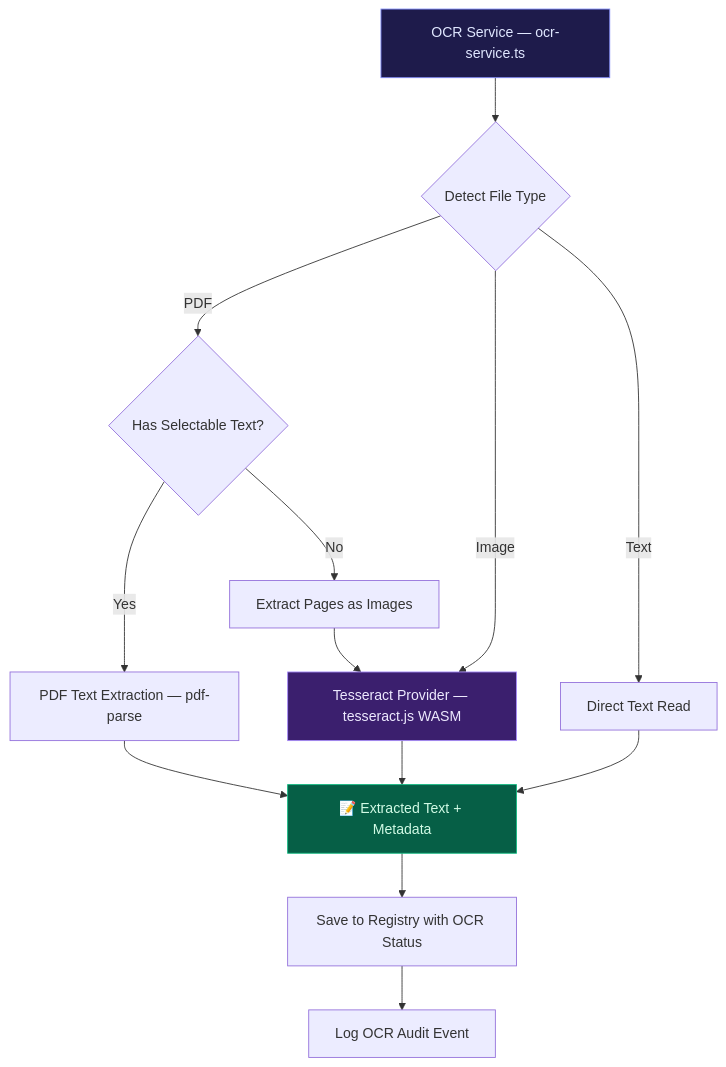
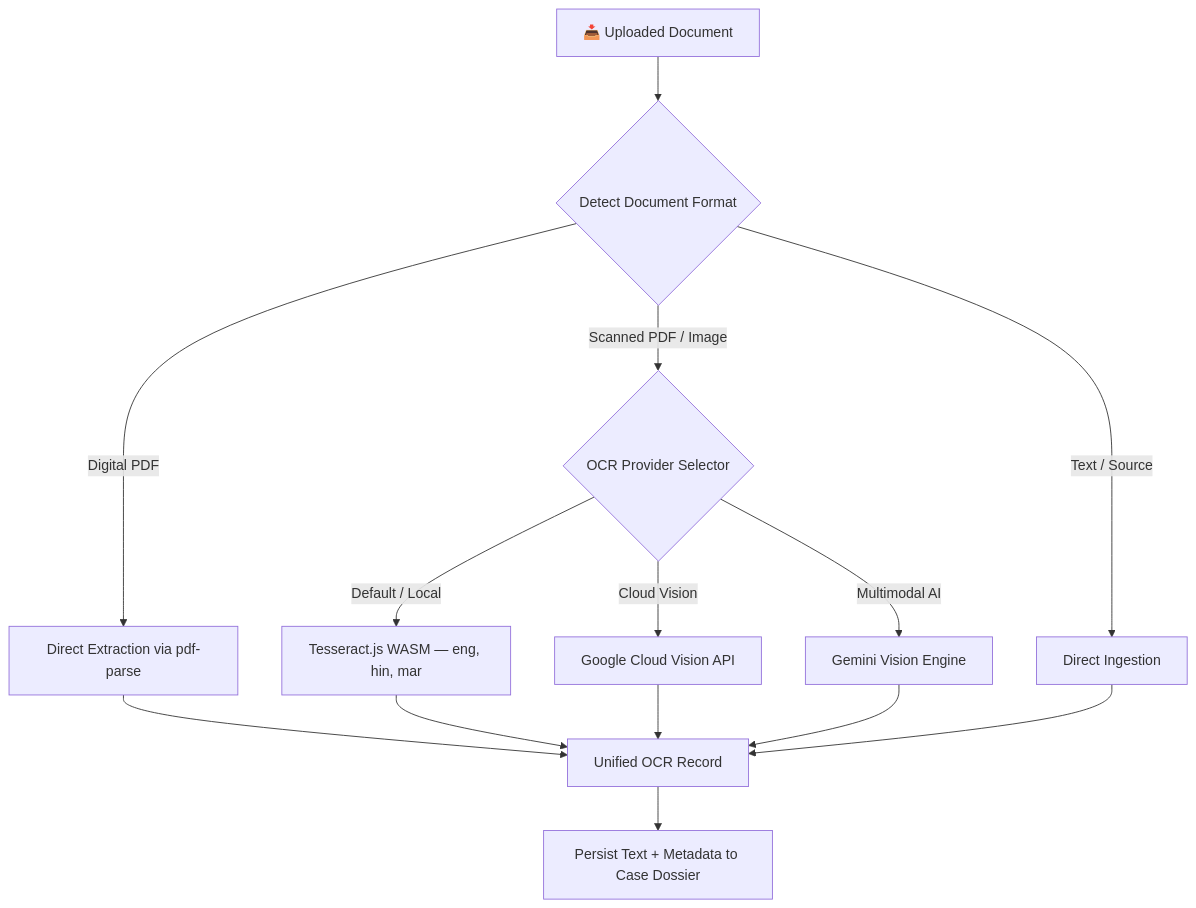
Before and after one commit to pranavkadam-cs/judicator-docs: the third of 4 diagrams in README.md, drawn with Mermaid. The commit also changed other lines of this file and 21 other files, not shown here.

````diff
--- a/README.md
+++ b/README.md
@@ -139,24 +166,15 @@
 ```mermaid
 flowchart TD
-    OCRService[OCR Service — ocr-service.ts] --> Detect{Detect File Type}
+    File[📥 Uploaded Document] --> Detect{Detect Document Format}
 
-    Detect -->|PDF| PDFPath{Has Selectable Text?}
-    PDFPath -->|Yes| DirectExtract[PDF Text Extraction — pdf-parse]
-    PDFPath -->|No| ScanExtract[Extract Pages as Images]
-    ScanExtract --> TesseractOCR
+    Detect -->|Digital PDF| Direct[Direct Extraction via pdf-parse]
+    Detect -->|Scanned PDF / Image| RouteOCR{OCR Provider Selector}
+    Detect -->|Text / Source| Ingest[Direct Ingestion]
 
-    Detect -->|Image| TesseractOCR[Tesseract Provider — tesseract.js WASM]
+    RouteOCR -->|Default / Local| Tesseract[Tesseract.js WASM — eng, hin, mar]
+    RouteOCR -->|Cloud Vision| GCV[Google Cloud Vision API]
+    RouteOCR -->|Multimodal AI| Gemini[Gemini Vision Engine]
 
-    Detect -->|Text| DirectRead[Direct Text Read]
-
-    DirectExtract --> Result[📝 Extracted Text + Metadata]
-    TesseractOCR --> Result
-    DirectRead --> Result
-
-    Result --> SaveDB[Save to Registry with OCR Status]
-    SaveDB --> AuditLog[Log OCR Audit Event]
-
-    style OCRService fill:#1e1b4b,stroke:#818cf8,color:#e0e7ff
-    style TesseractOCR fill:#3b1f6e,stroke:#a78bfa,color:#ede9fe
-    style Result fill:#065f46,stroke:#10b981,color:#d1fae5
+    Direct & Tesseract & GCV & Gemini & Ingest --> Unified[Unified OCR Record]
+    Unified --> Save[Persist Text + Metadata to Case Dossier]
 ```
````
